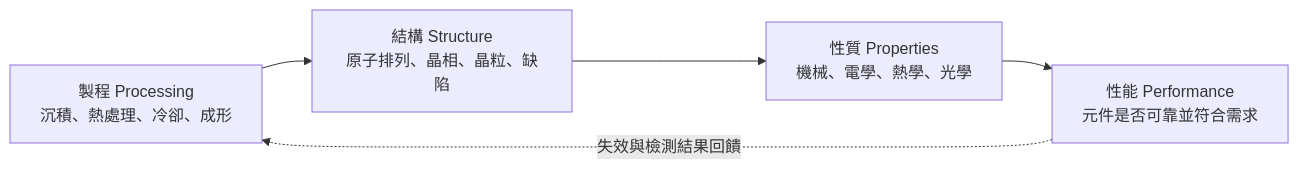
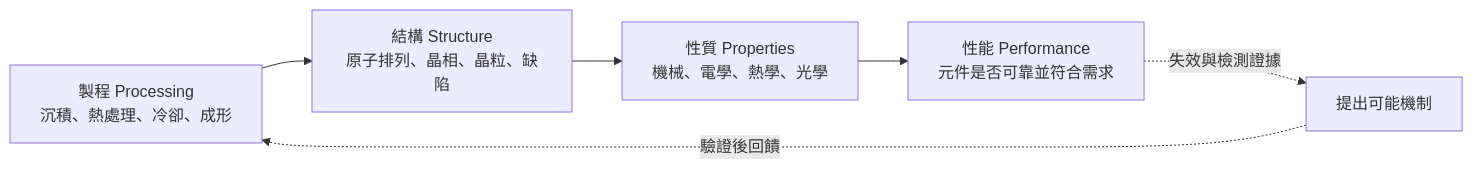
Before and after one commit to RocketWill/semiconductor-inspection-knowledge: the first of 2 diagrams in 01-materials-science/01-course-overview.md, drawn with Mermaid. The commit also changed other lines of this file, not shown here.

````diff
--- a/01-materials-science/01-course-overview.md
+++ b/01-materials-science/01-course-overview.md
@@ -26,7 +27,8 @@
 ```mermaid
 flowchart LR
     A["製程 Processing<br/>沉積、熱處理、冷卻、成形"] --> B["結構 Structure<br/>原子排列、晶相、晶粒、缺陷"]
     B --> C["性質 Properties<br/>機械、電學、熱學、光學"]
     C --> D["性能 Performance<br/>元件是否可靠並符合需求"]
-    D -. "失效與檢測結果回饋" .-> A
+    D -. "失效與檢測證據" .-> E["提出可能機制"]
+    E -. "驗證後回饋" .-> A
 ```
````
